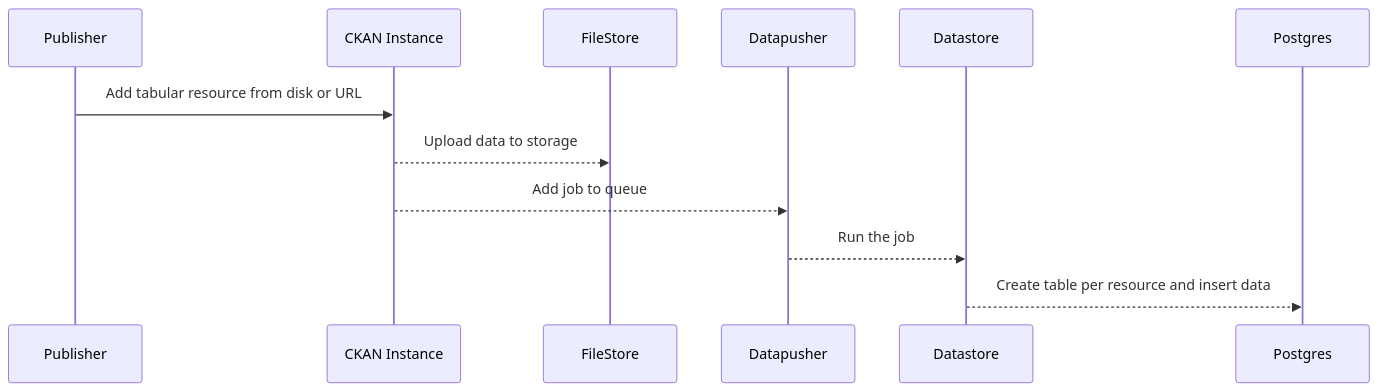
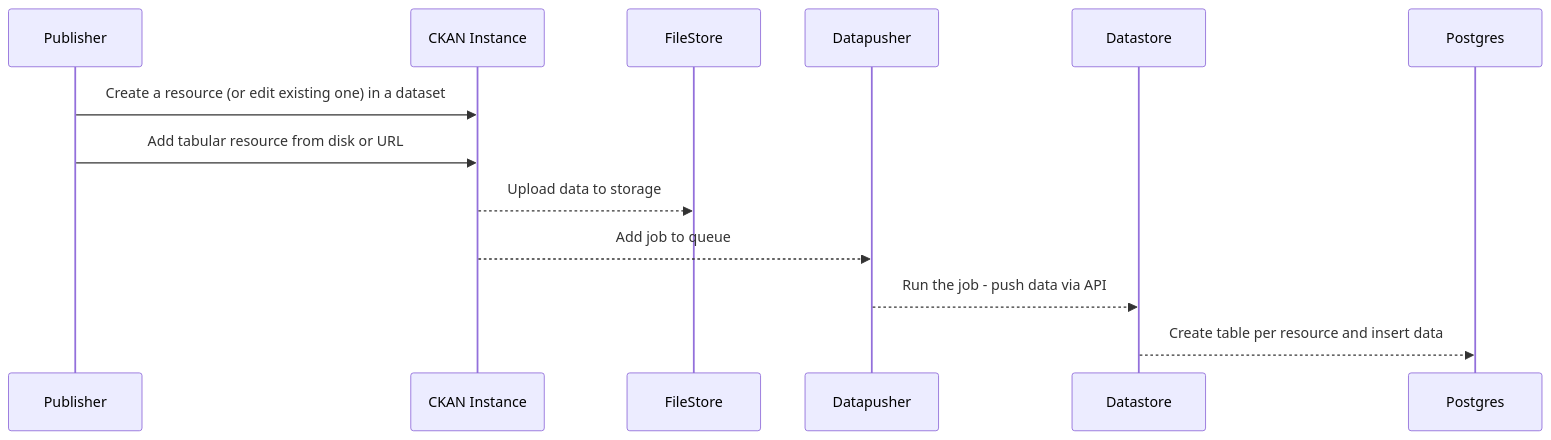
One commit to datopian/tech.datopian.com changed the fourth of 4 diagrams in load/README.md. Above: the diagram before and after it, drawn with Mermaid.

Commit message:
[data loader][xs]: small addition to the sequence diagram to make it more explicit.

````diff
--- a/load/README.md
+++ b/load/README.md
@@ -127,8 +127,9 @@
 ```mermaid
 sequenceDiagram
+    Publisher->>CKAN Instance: Create a resource (or edit existing one) in a dataset
     Publisher->>CKAN Instance: Add tabular resource from disk or URL
     CKAN Instance-->>FileStore: Upload data to storage
     CKAN Instance-->>Datapusher: Add job to queue
-    Datapusher-->>Datastore: Run the job
+    Datapusher-->>Datastore: Run the job - push data via API
     Datastore-->>Postgres: Create table per resource and insert data
 ```
````
